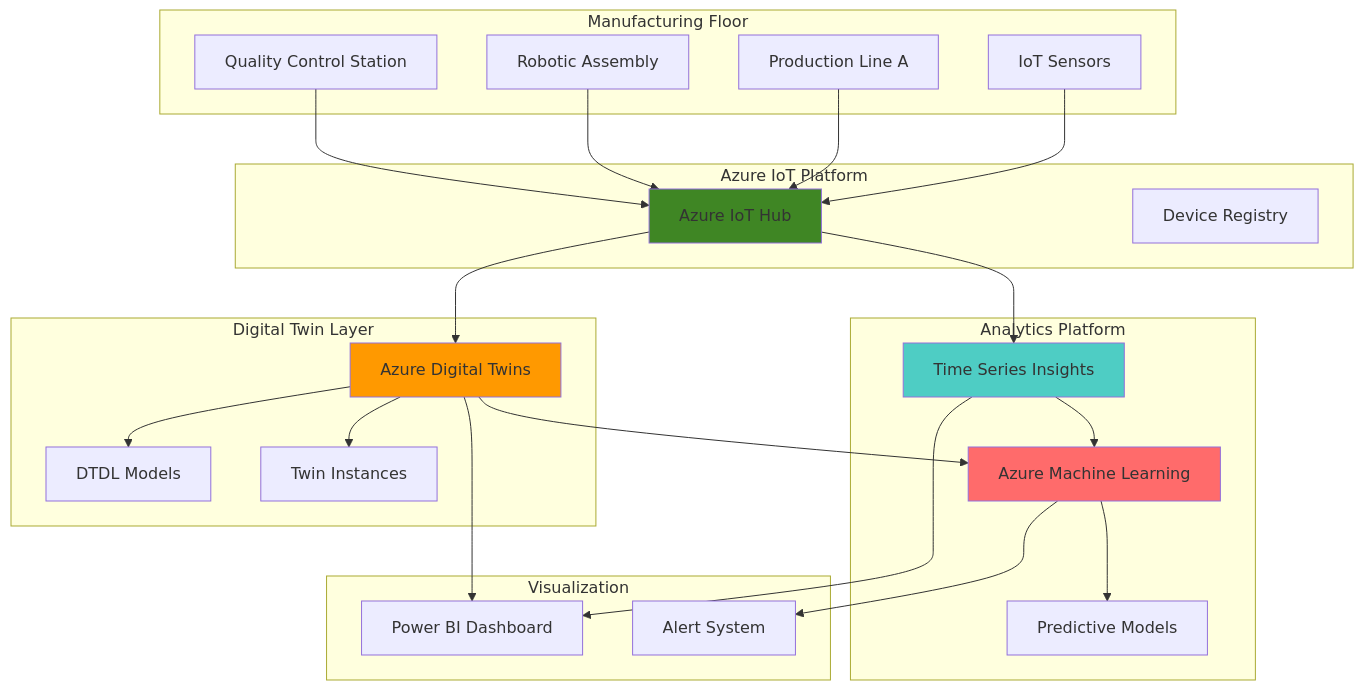
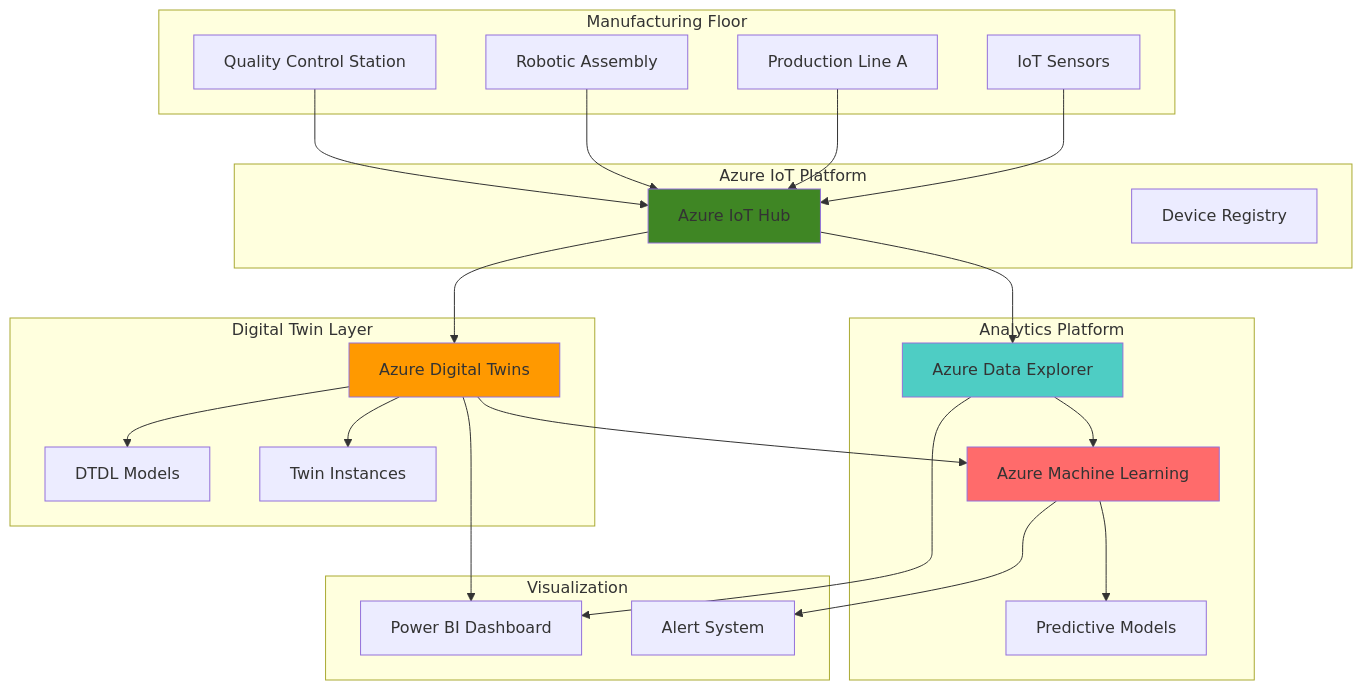
Before and after one commit to mzazon/awesome-cloud-projects: the diagram in azure/predictive-manufacturing-digital-twins-azure-iot/predictive-manufacturing-digital-twins-azure-iot.md, drawn with Mermaid. The commit also changed other lines of this file and 5581 other files, not shown here.

````diff
--- a/azure/predictive-manufacturing-digital-twins-azure-iot/predictive-manufacturing-digital-twins-azure-iot.md
+++ b/azure/predictive-manufacturing-digital-twins-azure-iot/predictive-manufacturing-digital-twins-azure-iot.md
@@ -30,55 +30,55 @@
 ```mermaid
 graph TB
     subgraph "Manufacturing Floor"
         SENSORS[IoT Sensors]
         EQUIP1[Production Line A]
         EQUIP2[Robotic Assembly]
         EQUIP3[Quality Control Station]
     end
     
     subgraph "Azure IoT Platform"
         IOTHUB[Azure IoT Hub]
         DEVICEREG[Device Registry]
     end
     
     subgraph "Digital Twin Layer"
         ADT[Azure Digital Twins]
         MODELS[DTDL Models]
         TWINS[Twin Instances]
     end
     
     subgraph "Analytics Platform"
-        TSI[Time Series Insights]
+        ADX[Azure Data Explorer]
         ML[Azure Machine Learning]
         PREDICT[Predictive Models]
     end
     
     subgraph "Visualization"
         DASHBOARD[Power BI Dashboard]
         ALERTS[Alert System]
     end
     
     SENSORS-->IOTHUB
     EQUIP1-->IOTHUB
     EQUIP2-->IOTHUB
     EQUIP3-->IOTHUB
     
     IOTHUB-->ADT
-    IOTHUB-->TSI
+    IOTHUB-->ADX
     
     ADT-->MODELS
     ADT-->TWINS
     ADT-->ML
     
-    TSI-->ML
+    ADX-->ML
     ML-->PREDICT
     
     ADT-->DASHBOARD
-    TSI-->DASHBOARD
+    ADX-->DASHBOARD
     ML-->ALERTS
     
     style ADT fill:#FF9900
     style IOTHUB fill:#3F8624
     style ML fill:#FF6B6B
-    style TSI fill:#4ECDC4
+    style ADX fill:#4ECDC4
 ```
````
